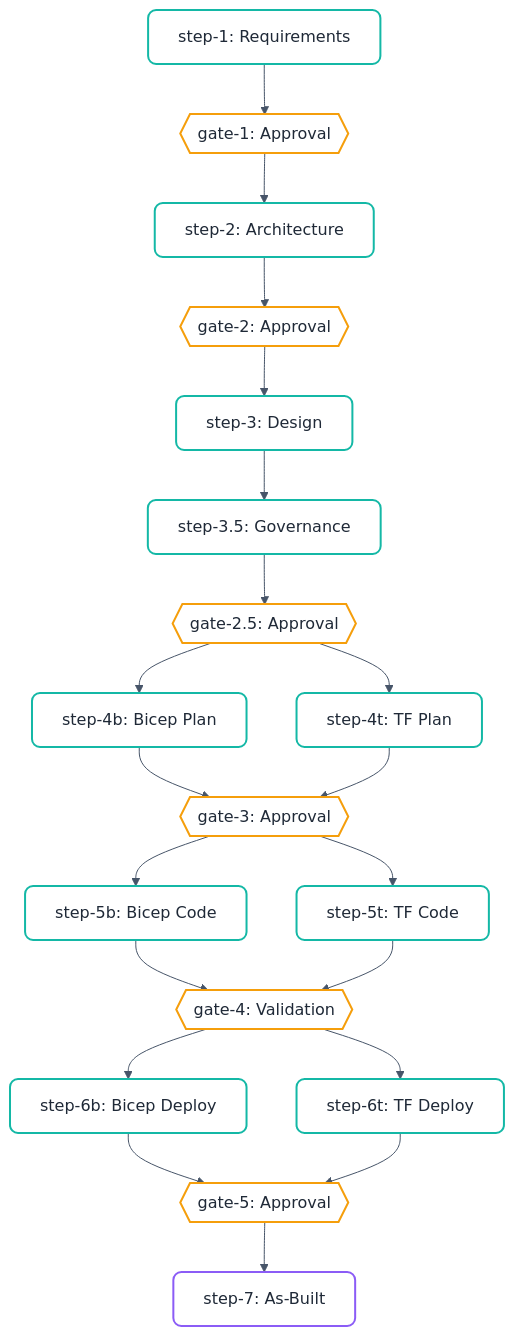
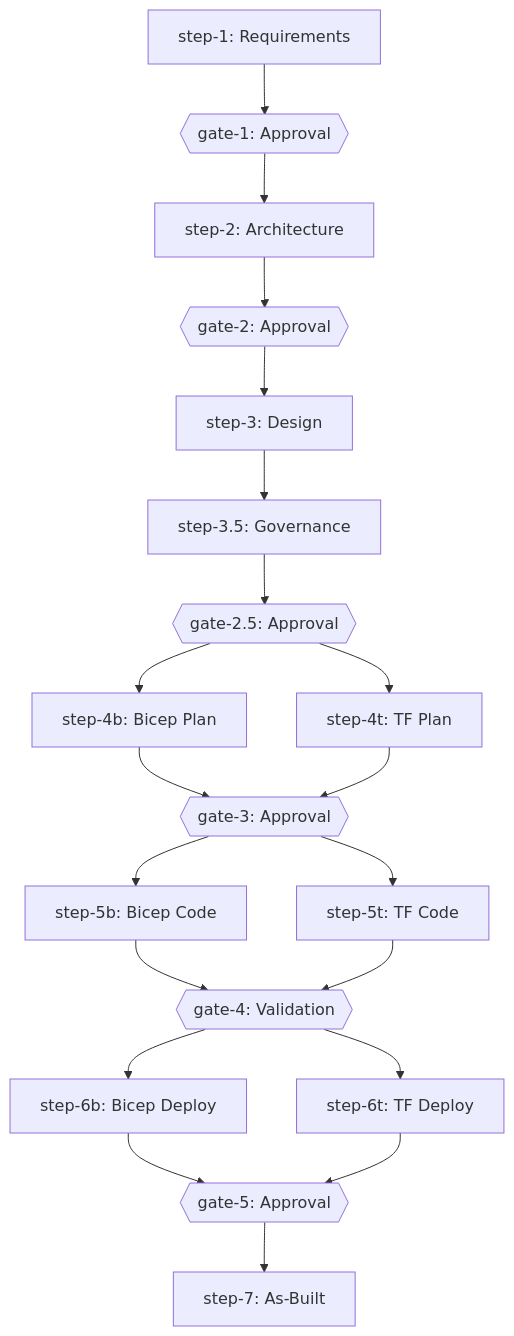
One commit to jonathan-vella/apex changed the diagram in site/src/content/docs/concepts/how-it-works/workflow-engine.md. Above: the diagram before and after it, drawn with Mermaid. The commit also changed 7 other files, not shown here.

First line of the commit message:
fix(docs): strip hardcoded mermaid theme overrides from 8 content files

````diff
--- a/site/src/content/docs/concepts/how-it-works/workflow-engine.md
+++ b/site/src/content/docs/concepts/how-it-works/workflow-engine.md
@@ -19,53 +19,35 @@
 ```mermaid
-%%{
-  init: {
-    'theme': 'base',
-    'themeVariables': {
-      'primaryColor': '#ffffff',
-      'primaryTextColor': '#333333',
-      'primaryBorderColor': '#14b8a6',
-      'lineColor': '#475569',
-      'fontFamily': 'ui-sans-serif, system-ui, -apple-system, sans-serif'
-    },
-    'flowchart': {
-      'curve': 'basis',
-      'nodeSpacing': 50,
-      'rankSpacing': 50
-    }
-  }
-}%%
 flowchart TD
-    classDef default fill:#ffffff,stroke:#14b8a6,stroke-width:2px,color:#1f2937,rx:8px,ry:8px;
-    classDef gate fill:#ffffff,stroke:#f59e0b,stroke-width:2px,color:#1f2937,rx:8px,ry:8px;
-    classDef endNode fill:#ffffff,stroke:#8b5cf6,stroke-width:2px,color:#1f2937,rx:8px,ry:8px;
+
+
 
     S1["step-1: Requirements"]
     G1{{"gate-1: Approval"}}:::gate
     S2["step-2: Architecture"]
     G2{{"gate-2: Approval"}}:::gate
     S3["step-3: Design"]
     S35["step-3.5: Governance"]
     G25{{"gate-2.5: Approval"}}:::gate
     S4B["step-4b: Bicep Plan"]
     S4T["step-4t: TF Plan"]
     G3{{"gate-3: Approval"}}:::gate
     S5B["step-5b: Bicep Code"]
     S5T["step-5t: TF Code"]
     G4{{"gate-4: Validation"}}:::gate
     S6B["step-6b: Bicep Deploy"]
     S6T["step-6t: TF Deploy"]
     G5{{"gate-5: Approval"}}:::gate
     S7["step-7: As-Built"]:::endNode
 
     S1 --> G1 --> S2 --> G2
     G2 --> S3
     S3 --> S35
     S35 --> G25
     G25 --> S4B & S4T
     S4B & S4T --> G3
     G3 --> S5B & S5T
     S5B & S5T --> G4
     G4 --> S6B & S6T
     S6B & S6T --> G5
     G5 --> S7
 ```
````
